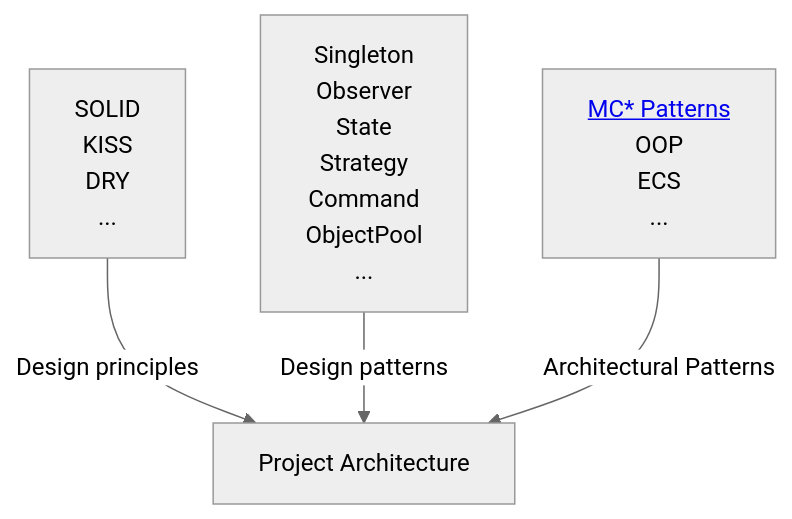
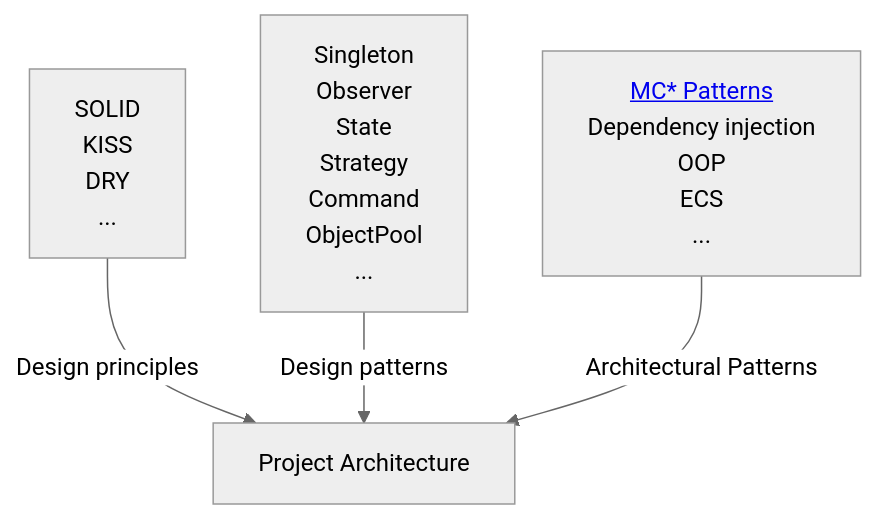
The third of 3 diagrams in README.md (unity-learn/road-map-unity), drawn with Mermaid (neutral theme) before and after one commit. The commit also changed other lines of this file, not shown here.

````diff
--- a/README.md
+++ b/README.md
@@ -54,7 +54,7 @@
 ```mermaid
 flowchart TD
 p[Project Architecture]
 b["SOLID<br>KISS<br>DRY<br>..."] --Design principles-->p
 c["Singleton<br>Observer"<br>State<br>Strategy<br>Command<br>ObjectPool<br>...]--Design patterns-->p
-a["<a href='https://uniandes-se4ma.gitlab.io/books/chapter8/mvc-mvvm-mv-mvwhat.html'>MC* Patterns"</a><br>OOP<br>ECS<br>...]--Architectural Patterns-->p
+a["<a href='https://uniandes-se4ma.gitlab.io/books/chapter8/mvc-mvvm-mv-mvwhat.html'>MC* Patterns"</a><br>Dependency injection<br>OOP<br>ECS<br>...]--Architectural Patterns-->p
 ```
````
